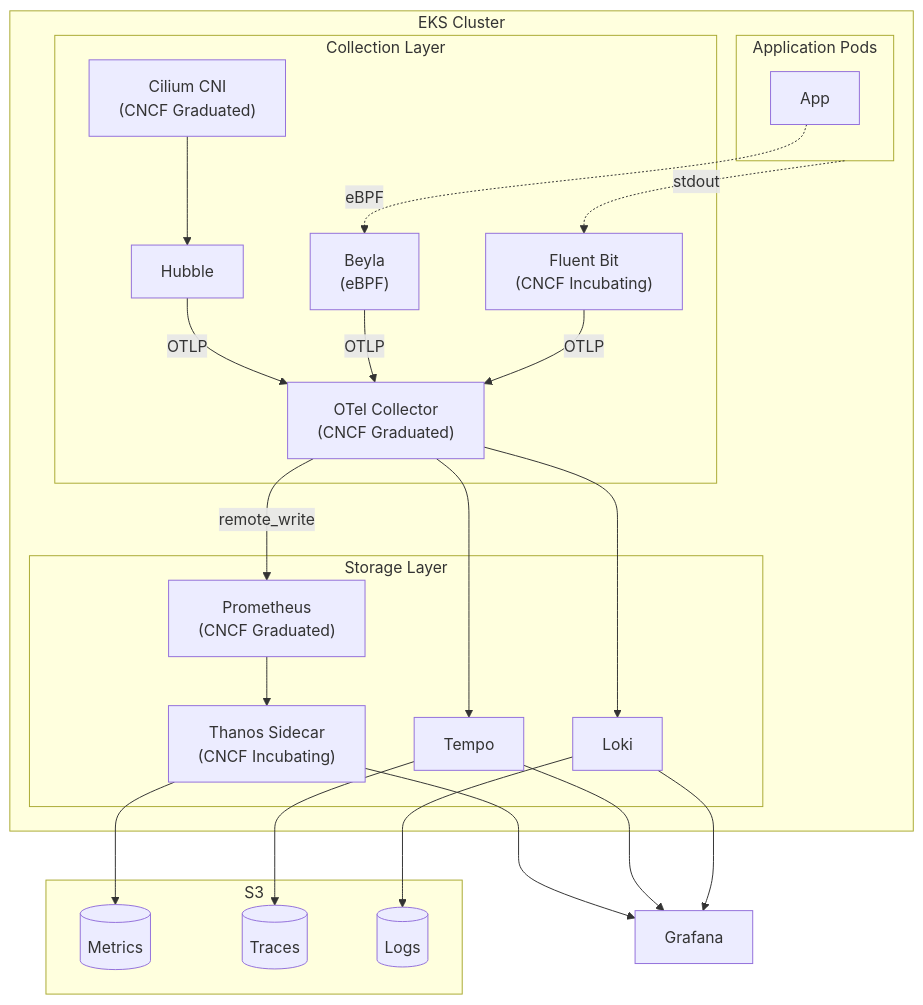
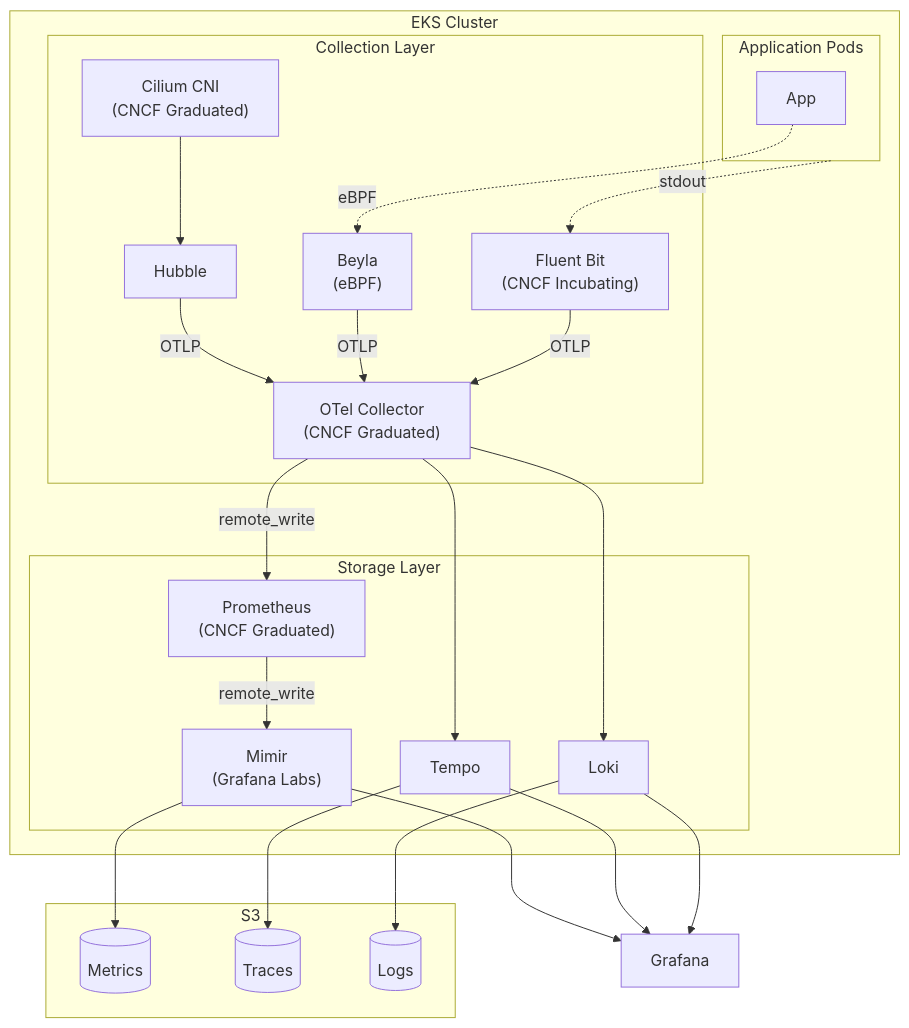
One commit to panicboat/platform changed the first of 3 diagrams in kubernetes/README.md. Above: the diagram before and after it, drawn with Mermaid. The commit also changed other lines of this file and 17 other files, not shown here.

Commit message:
feat(eks): Phase 3 Sub-project 2 — Metrics stack (Mimir Microservices) (#287)

````diff
--- a/kubernetes/README.md
+++ b/kubernetes/README.md
@@ -9,59 +9,59 @@
 ```mermaid
 flowchart TB
     subgraph EKS["EKS Cluster"]
         subgraph Apps["Application Pods"]
             App["App"]
         end
 
         subgraph Collection["Collection Layer"]
             Cilium["Cilium CNI<br/>(CNCF Graduated)"]
             Hubble["Hubble"]
             Beyla["Beyla<br/>(eBPF)"]
             OTelCol["OTel Collector<br/>(CNCF Graduated)"]
             FluentBit["Fluent Bit<br/>(CNCF Incubating)"]
         end
 
         subgraph Storage["Storage Layer"]
             Prometheus["Prometheus<br/>(CNCF Graduated)"]
-            Thanos["Thanos Sidecar<br/>(CNCF Incubating)"]
+            Mimir["Mimir<br/>(Grafana Labs)"]
             Tempo["Tempo"]
             Loki["Loki"]
         end
     end
 
     subgraph S3["S3"]
-        S3Thanos[("Metrics")]
+        S3Mimir[("Metrics")]
         S3Tempo[("Traces")]
         S3Loki[("Logs")]
     end
 
     Grafana["Grafana"]
 
     %% Network
     Cilium --> Hubble
 
     %% All telemetry → OTel Collector
     Hubble -->|OTLP| OTelCol
     App -.->|eBPF| Beyla
     Beyla -->|OTLP| OTelCol
 
     %% OTel Collector → Backends
     OTelCol -->|remote_write| Prometheus
     OTelCol --> Tempo
 
     %% Logs
     Apps -.->|stdout| FluentBit
     FluentBit --> |OTLP| OTelCol
     OTelCol --> Loki
 
     %% Long-term storage
-    Prometheus --> Thanos
-    Thanos --> S3Thanos
+    Prometheus -->|remote_write| Mimir
+    Mimir --> S3Mimir
     Tempo --> S3Tempo
     Loki --> S3Loki
 
     %% Visualization
-    Thanos --> Grafana
+    Mimir --> Grafana
     Tempo --> Grafana
     Loki --> Grafana
 ```
````
